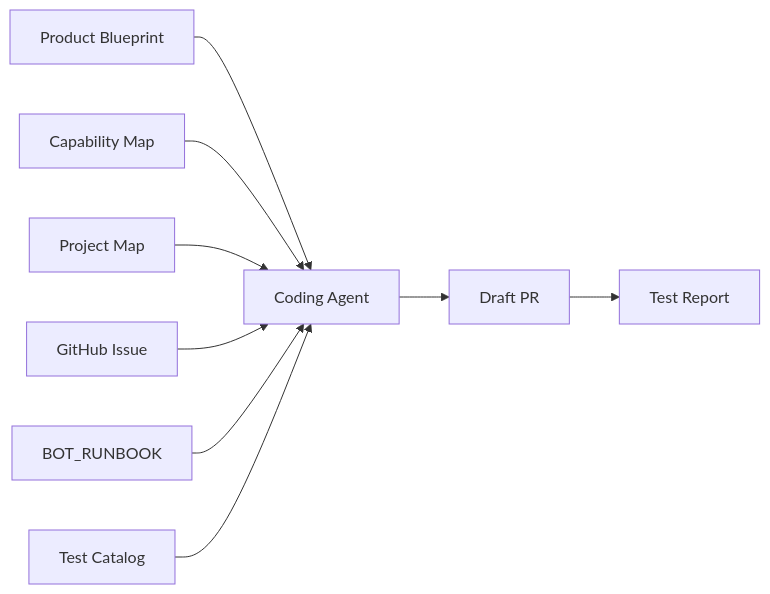
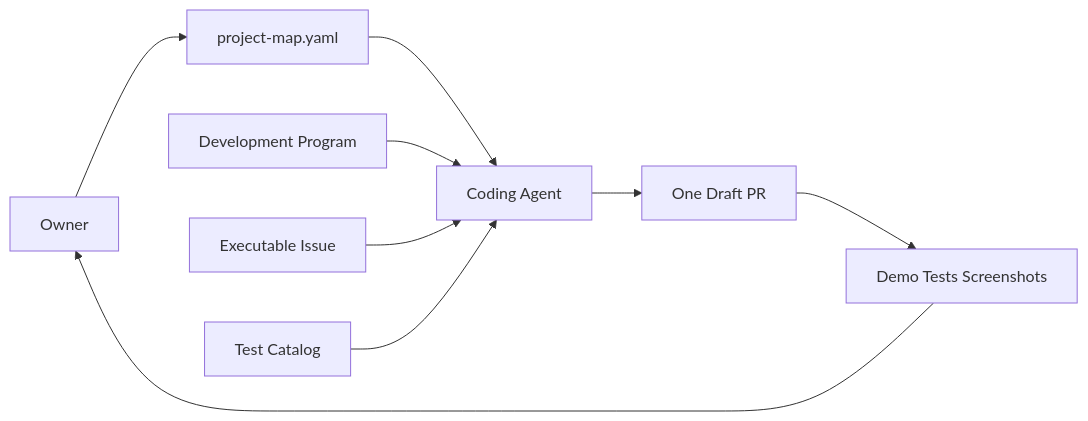
Before and after one commit to spikeal8-maker/asa-lab: the fifth of 5 diagrams in docs/project-map/PROJECT_MAP.md, drawn with Mermaid. The commit also changed other lines of this file, not shown here.

Commit message:
docs(map): visualize canonical alpha and pilot route

````diff
--- a/docs/project-map/PROJECT_MAP.md
+++ b/docs/project-map/PROJECT_MAP.md
@@ -310,21 +213,20 @@
 ```mermaid
 flowchart LR
-    PRODUCT["Product Blueprint"]
-    CAP["Capability Map"]
-    PROJECT["Project Map"]
-    ISSUE["GitHub Issue"]
-    RUNBOOK["BOT_RUNBOOK"]
-    TESTS["Test Catalog"]
-    AGENT["Coding Agent"]
-    PR["Draft PR"]
-    REPORT["Test Report"]
+    OWNER[Owner]
+    MAP[project-map.yaml]
+    PROGRAM[Development Program]
+    ISSUE[Executable Issue]
+    CATALOG[Test Catalog]
+    AGENT[Coding Agent]
+    PR[One Draft PR]
+    EVIDENCE[Demo Tests Screenshots]
 
-    PRODUCT --> AGENT
-    CAP --> AGENT
-    PROJECT --> AGENT
+    OWNER --> MAP
+    MAP --> AGENT
+    PROGRAM --> AGENT
     ISSUE --> AGENT
-    RUNBOOK --> AGENT
-    TESTS --> AGENT
+    CATALOG --> AGENT
     AGENT --> PR
-    PR --> REPORT
+    PR --> EVIDENCE
+    EVIDENCE --> OWNER
 ```
````
